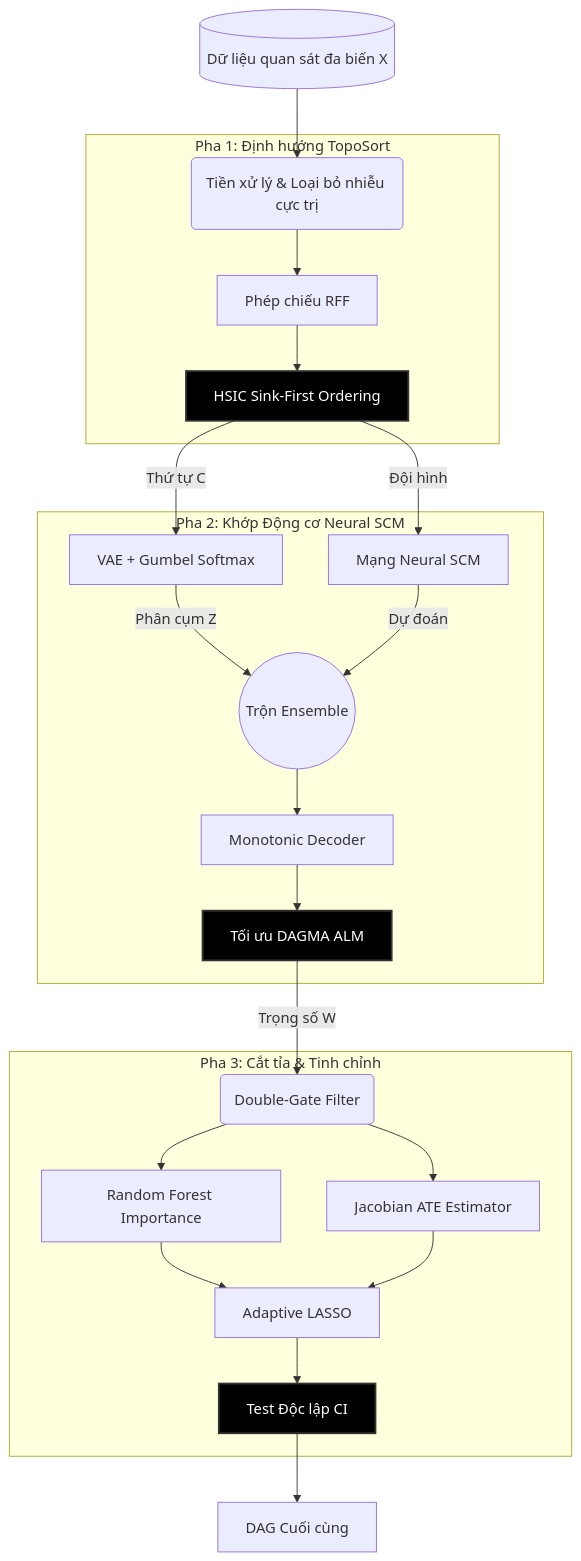
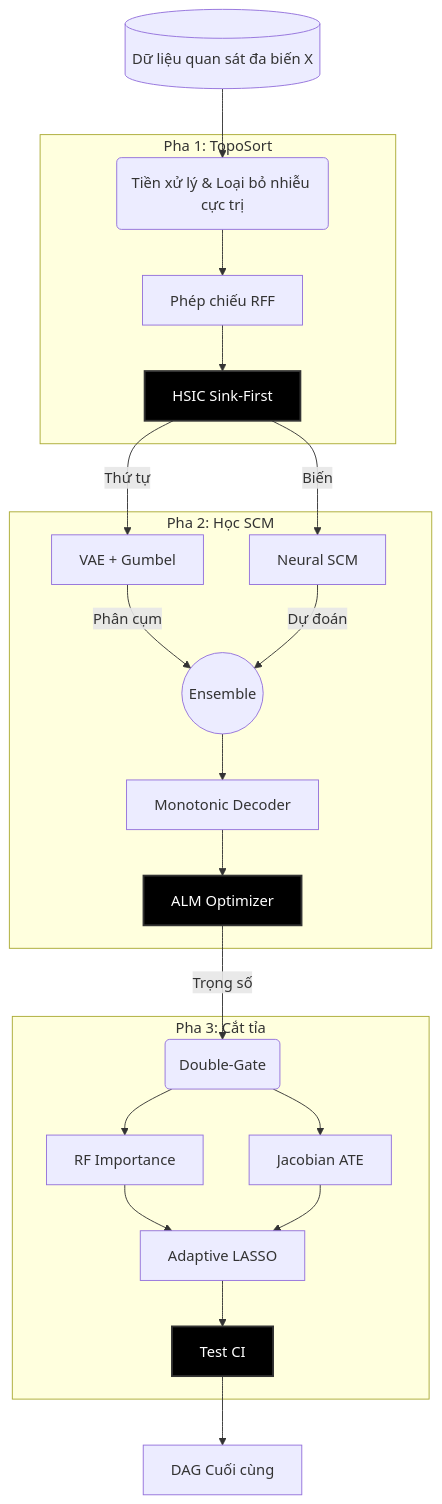
One commit to manhthai1706/DeepANM changed the first of 4 diagrams in docx/Chuong3_MoHinhDeepANM.md. Above: the diagram before and after it, drawn with Mermaid.

Commit message:
docs: aggressively shorten mermaid labels to eliminate text overlap

````diff
--- a/docx/Chuong3_MoHinhDeepANM.md
+++ b/docx/Chuong3_MoHinhDeepANM.md
@@ -11,35 +11,35 @@
 ```mermaid
 graph TD
     classDef highlight fill:#000,color:#fff,stroke:#333,stroke-width:2px;
     classDef sub core fill:#bbf,stroke:#333,stroke-width:2px;
     
     Data[(Dữ liệu quan sát đa biến X)] --> Preprocess(Tiền xử lý & Loại bỏ nhiễu cực trị)
     
-    subgraph phase1 ["Pha 1: Định hướng TopoSort"]
+    subgraph phase1 ["Pha 1: TopoSort"]
         Preprocess --> RFF[Phép chiếu RFF]
-        RFF --> Sink[HSIC Sink-First Ordering]
+        RFF --> Sink[HSIC Sink-First]
     end
     
-    subgraph phase2 ["Pha 2: Khớp Động cơ Neural SCM"]
-        Sink -->|Thứ tự C| Encoder[VAE + Gumbel Softmax]
-        Sink -->|Đội hình| SEM[Mạng Neural SCM]
-        Encoder -->|Phân cụm Z| Combine((Trộn Ensemble))
+    subgraph phase2 ["Pha 2: Học SCM"]
+        Sink -->|Thứ tự| Encoder["VAE + Gumbel"]
+        Sink -->|Biến| SEM[Neural SCM]
+        Encoder -->|Phân cụm| Combine((Ensemble))
         SEM -->|Dự đoán| Combine
         Combine --> Decoder[Monotonic Decoder]
-        Decoder --> ALM[Tối ưu DAGMA ALM]
+        Decoder --> ALM[ALM Optimizer]
     end
     
-    subgraph phase3 ["Pha 3: Cắt tỉa & Tinh chỉnh"]
-        ALM -->|Trọng số W| DoubleGate(Double-Gate Filter)
-        DoubleGate --> RF[Random Forest Importance]
-        DoubleGate --> ATE[Jacobian ATE Estimator]
+    subgraph phase3 ["Pha 3: Cắt tỉa"]
+        ALM -->|Trọng số| DoubleGate(Double-Gate)
+        DoubleGate --> RF[RF Importance]
+        DoubleGate --> ATE[Jacobian ATE]
         RF --> ALasso[Adaptive LASSO]
         ATE --> ALasso
-        ALasso --> CI[Test Độc lập CI]
+        ALasso --> CI[Test CI]
     end
     
     CI --> Final[DAG Cuối cùng]
     
     class Sink,ALM,CI highlight;
     class Encoder,SEM,Decoder core;
 ```
````
